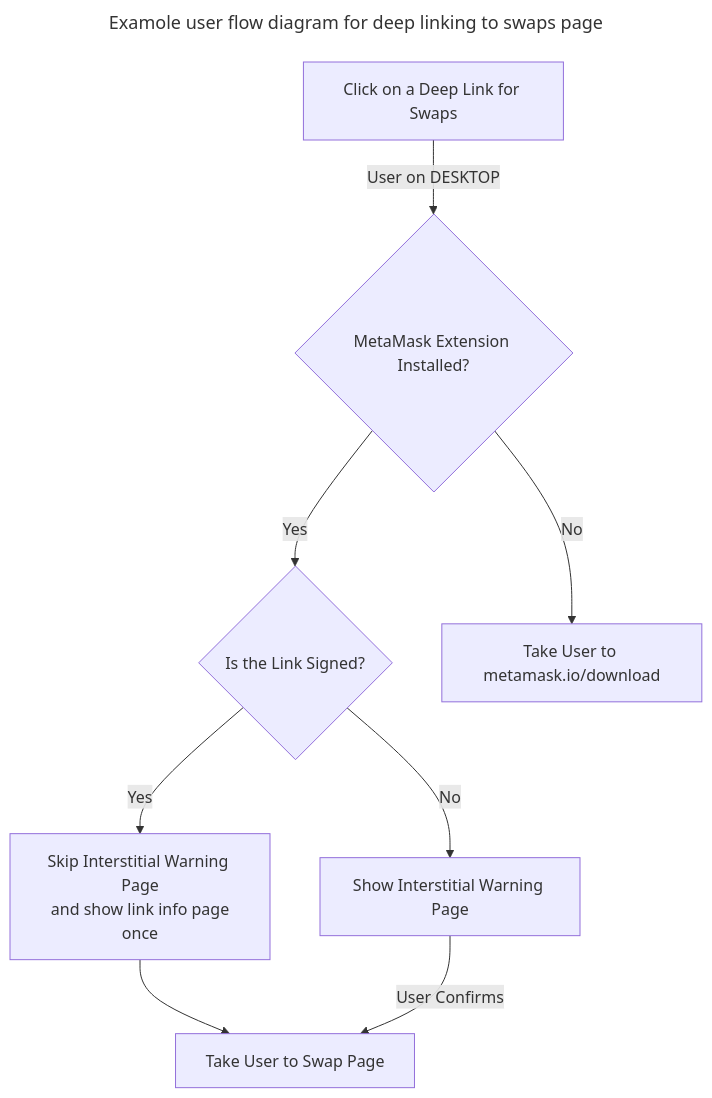
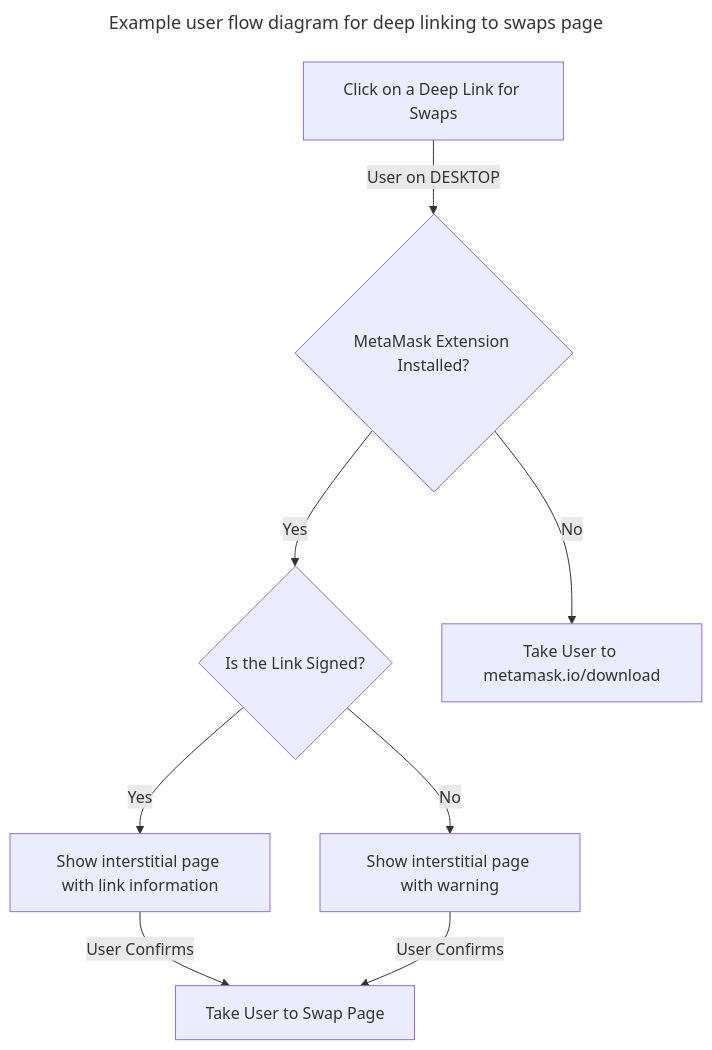
The first of 2 diagrams in docs/deep-links.md (MetaMask/contributor-docs), drawn with Mermaid before and after one commit. The commit also changed other lines of this file, not shown here.

````diff
--- a/docs/deep-links.md
+++ b/docs/deep-links.md
@@ -28,16 +28,16 @@
 ```mermaid
 ---
-title: Examole user flow diagram for deep linking to swaps page
+title: Example user flow diagram for deep linking to swaps page
 displayMode: compact
 ---
 graph TD
   A[Click on a Deep Link for Swaps] -->|User on DESKTOP| B{MetaMask Extension Installed?}
   B -->|Yes| C{Is the Link Signed?}
   B -->|No| D[Take User to metamask.io/download]
 
-  C -->|Yes| E[Skip Interstitial Warning Page\n and show link info page once]
-  C -->|No| F[Show Interstitial Warning Page]
+  C -->|Yes| E[Show interstitial page with link information]
+  C -->|No| F[Show interstitial page with warning]
 
-  E --> G[Take User to Swap Page]
+  E --> |User Confirms| G[Take User to Swap Page]
   F -->|User Confirms| G
 ```
````
